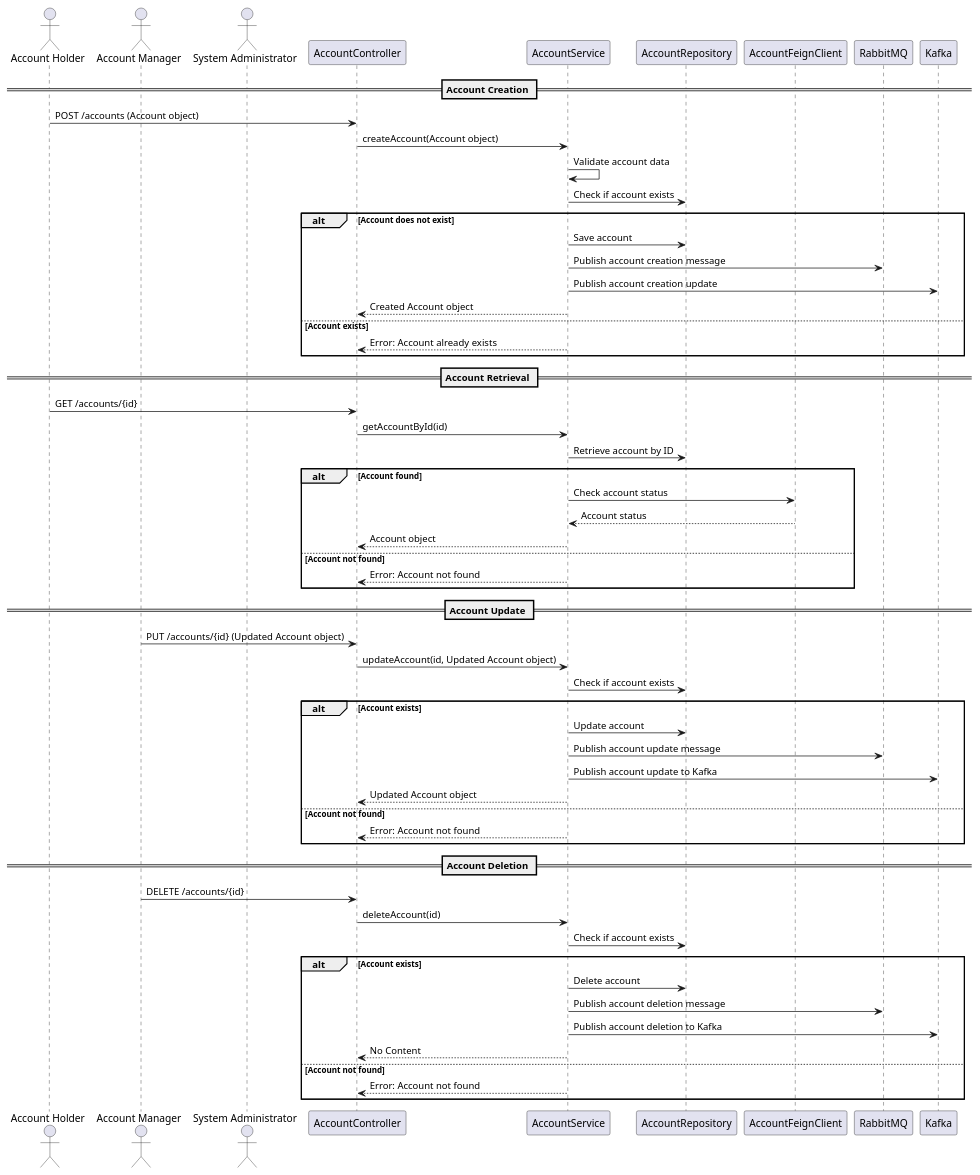
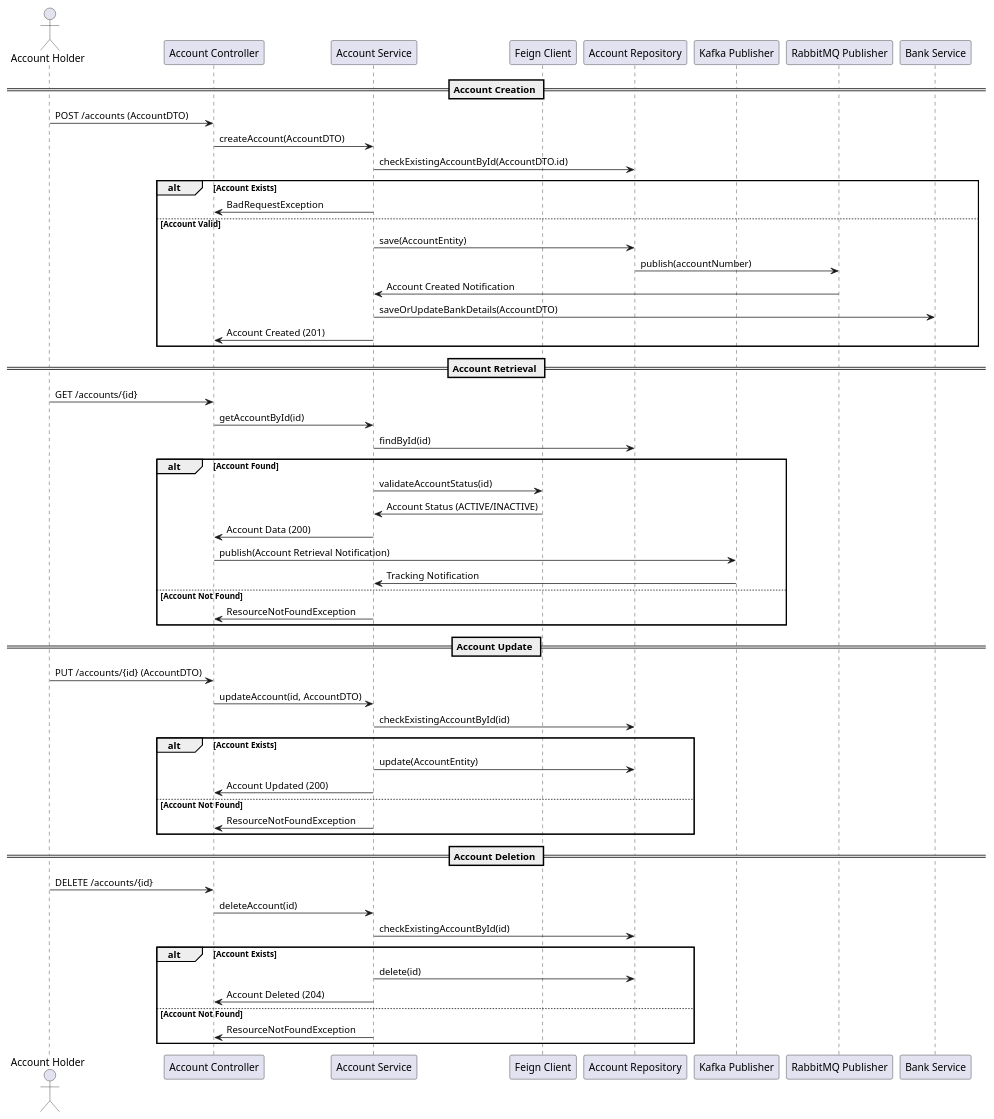
Before and after one commit to Bhaskar-Pavan/AccountService: the diagram in design_document/Account_service.md, drawn with PlantUML. The commit also changed other lines of this file, not shown here.

````diff
--- a/design_document/Account_service.md
+++ b/design_document/Account_service.md
@@ -35,66 +40,63 @@
 ```plantuml
 @startuml
-actor "Account Holder" as AH
-actor "Account Manager" as AM
-actor "System Administrator" as SA
-participant "AccountController" as AC
-participant "AccountService" as AS
-participant "AccountRepository" as AR
-participant "AccountFeignClient" as AFC
-participant "RabbitMQ" as RMQ
-participant "Kafka" as KAFKA
+actor "Account Holder" as User
+participant "Account Controller" as Controller
+participant "Account Service" as Service
+participant "Feign Client" as Feign
+participant "Account Repository" as Repository
+participant "Kafka Publisher" as Kafka
+participant "RabbitMQ Publisher" as RabbitMQ
+participant "Bank Service" as BankService
 
 == Account Creation ==
-AH -> AC : POST /accounts (Account object)
-AC -> AS : createAccount(Account object)
-AS -> AS : Validate account data
-AS -> AR : Check if account exists
-alt Account does not exist
-    AS -> AR : Save account
-    AS -> RMQ : Publish account creation message
-    AS -> KAFKA : Publish account creation update
-    AS --> AC : Created Account object
-else Account exists
-    AS --> AC : Error: Account already exists
+User -> Controller : POST /accounts (AccountDTO)
+Controller -> Service : createAccount(AccountDTO)
+Service -> Repository : checkExistingAccountById(AccountDTO.id)
+alt Account Exists
+    Service -> Controller : BadRequestException
+else Account Valid
+    Service -> Repository : save(AccountEntity)
+    Repository -> RabbitMQ : publish(accountNumber)
+    RabbitMQ -> Service : Account Created Notification
+    Service -> BankService : saveOrUpdateBankDetails(AccountDTO)
+    Service -> Controller : Account Created (201)
 end
 
 == Account Retrieval ==
-AH -> AC : GET /accounts/{id}
-AC -> AS : getAccountById(id)
-AS -> AR : Retrieve account by ID
-alt Account found
-    AS -> AFC : Check account status
-    AFC --> AS : Account status
-    AS --> AC : Account object
-else Account not found
-    AS --> AC : Error: Account not found
+User -> Controller : GET /accounts/{id}
+Controller -> Service : getAccountById(id)
+Service -> Repository : findById(id)
+alt Account Found
+    Service -> Feign : validateAccountStatus(id)
+    Feign -> Service : Account Status (ACTIVE/INACTIVE)
+    Service -> Controller : Account Data (200)
+    Controller -> Kafka : publish(Account Retrieval Notification)
+    Kafka -> Service : Tracking Notification
+else Account Not Found
+    Service -> Controller : ResourceNotFoundException
 end
 
 == Account Update ==
-AM -> AC : PUT /accounts/{id} (Updated Account object)
-AC -> AS : updateAccount(id, Updated Account object)
-AS -> AR : Check if account exists
-alt Account exists
-    AS -> AR : Update account
-    AS -> RMQ : Publish account update message
-    AS -> KAFKA : Publish account update to Kafka
-    AS --> AC : Updated Account object
-else Account not found
-    AS --> AC : Error: Account not found
+User -> Controller : PUT /accounts/{id} (AccountDTO)
+Controller -> Service : updateAccount(id, AccountDTO)
+Service -> Repository : checkExistingAccountById(id)
+alt Account Exists
+    Service -> Repository : update(AccountEntity)
+    Service -> Controller : Account Updated (200)
+else Account Not Found
+    Service -> Controller : ResourceNotFoundException
 end
 
 == Account Deletion ==
-AM -> AC : DELETE /accounts/{id}
-AC -> AS : deleteAccount(id)
-AS -> AR : Check if account exists
-alt Account exists
-    AS -> AR : Delete account
-    AS -> RMQ : Publish account deletion message
-    AS -> KAFKA : Publish account deletion to Kafka
-    AS --> AC : No Content
-else Account not found
-    AS --> AC : Error: Account not found
+User -> Controller : DELETE /accounts/{id}
+Controller -> Service : deleteAccount(id)
+Service -> Repository : checkExistingAccountById(id)
+alt Account Exists
+    Service -> Repository : delete(id)
+    Service -> Controller : Account Deleted (204)
+else Account Not Found
+    Service -> Controller : ResourceNotFoundException
 end
 
 @enduml
 ```
````
